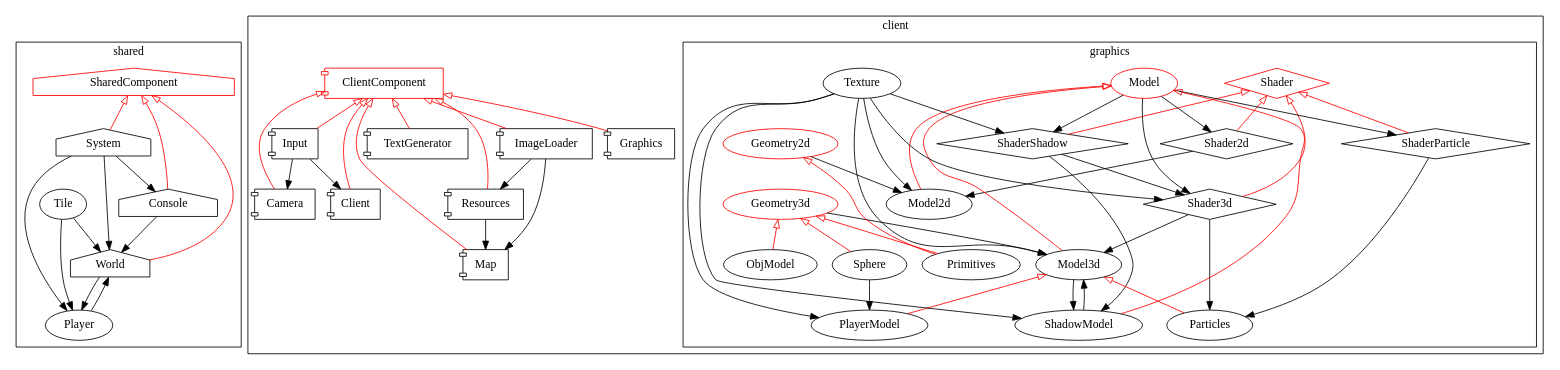
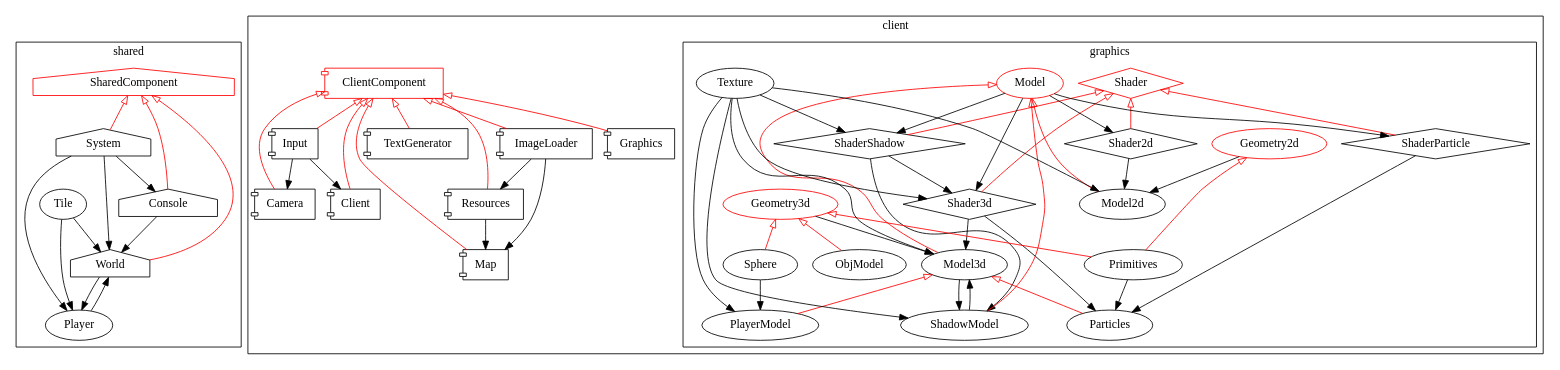
Before and after one commit to AsGreyWolf/Teeworlds3d: the diagram in graph.dot, drawn with Graphviz. The commit also changed 53 other files, not shown here.

```diff
--- a/graph.dot
+++ b/graph.dot
@@ -1,149 +1,151 @@
  digraph tee3d {
  	subgraph cluster_0 { 
  		label="shared"; 
  		SharedComponent [shape=house color=red];
  		Console [shape=house];
 	 	System [shape=house];
 	 	World [shape=house];
 	 	Tile;
 	 	Player;
 		SharedComponent->Console[color=red arrowhead=none arrowtail=empty dir=back];
 		SharedComponent->System[color=red arrowhead=none arrowtail=empty dir=back];
 		SharedComponent->World[color=red arrowhead=none arrowtail=empty dir=back];
 		World->Player;
 		System->Player;
 		Tile->Player;
 		Player->World;
 		Tile->World;
 		Console->World;
 		System->World;
 		System->Console;
  	}
  	subgraph cluster_1 { 
  		label="client"; 
 	 	ClientComponent [shape=component color=red];
 	 	Client [shape=component];
 	 	Graphics [shape=component];
 	 	Camera [shape=component];
 	 	Resources [shape=component];
 	 	Input [shape=component];
 	 	Map [shape=component];
 	 	TextGenerator [shape=component];
 	 	ImageLoader [shape=component];
 
 		ClientComponent->Camera[color=red arrowhead=none arrowtail=empty dir=back];
 		ClientComponent->Client[color=red arrowhead=none arrowtail=empty dir=back];
 		ClientComponent->Graphics[color=red arrowhead=none arrowtail=empty dir=back];
 		ClientComponent->Resources[color=red arrowhead=none arrowtail=empty dir=back];
 		ClientComponent->Input[color=red arrowhead=none arrowtail=empty dir=back];
 		ClientComponent->Map[color=red arrowhead=none arrowtail=empty dir=back];
 		ClientComponent->TextGenerator[color=red arrowhead=none arrowtail=empty dir=back];
 		ClientComponent->ImageLoader[color=red arrowhead=none arrowtail=empty dir=back];
 
 		Input->Client;
 		Input->Camera;
 
 		ImageLoader->Map;
 		ImageLoader->Resources->Map;
 
 	 	subgraph cluster_2 {
 	 		label="graphics"; 
 			Shader [shape=diamond color=red];
 			Shader3d [shape=diamond];
 			ShaderShadow [shape=diamond];
 			Shader2d [shape=diamond];
 			ShaderParticle [shape=diamond];
 			Model [color=red];
 			Geometry3d[color=red];
 			Geometry2d[color=red];
 			Model3d;
 			Model2d;
 			ShadowModel;
 			PlayerModel;
 			Particles;
 			ObjModel;
 			Primitives;
 			Sphere;
 			Texture;
 			Model->Model3d->PlayerModel[color=red arrowhead=none arrowtail=empty dir=back];
 			Model->ShadowModel[color=red arrowhead=none arrowtail=empty dir=back];
 			Model->Model2d[color=red arrowhead=none arrowtail=empty dir=back];
 			Shader->Shader3d[color=red arrowhead=none arrowtail=empty dir=back];
 			Shader->ShaderShadow[color=red arrowhead=none arrowtail=empty dir=back];
 			Shader->ShaderParticle[color=red arrowhead=none arrowtail=empty dir=back];
 			Shader->Shader2d[color=red arrowhead=none arrowtail=empty dir=back];
 			Geometry3d->ObjModel[color=red arrowhead=none arrowtail=empty dir=back];
 			Geometry3d->Primitives[color=red arrowhead=none arrowtail=empty dir=back];
 			Geometry3d->Sphere[color=red arrowhead=none arrowtail=empty dir=back];
 			Geometry2d->Primitives[color=red arrowhead=none arrowtail=empty dir=back];
 			Model3d->Particles[color=red arrowhead=none arrowtail=empty dir=back];
 
 			Shader3d->Model3d;
 			Texture->Model3d;
 			ShadowModel->Model3d;
 			Geometry3d->Model3d;
 			Shader2d->Model2d;
 			Texture->Model2d;
 			Geometry2d->Model2d;
 			Texture->PlayerModel;
 			Sphere->PlayerModel;
 			Model->Shader3d;
 			Texture->Shader3d;
 			ShaderShadow->Shader3d;
 			Model->Shader2d;
 			Texture->ShaderShadow;
 			Model->ShaderShadow;
 			Model->ShaderParticle;
 			Model3d->ShadowModel;
 			ShaderShadow->ShadowModel;
 			Texture->ShadowModel;
 			Shader3d->Particles;
 			ShaderParticle->Particles;
+			Primitives->Particles;
 	 	}
 	 	/*
 		Graphics->Model3d;
 		Graphics->Model2d;
 		Resources->PlayerModel;
 		Camera->Shader3d;
 		Graphics->Shader3d;
 		Graphics->Shader2d;
 		Shader->Graphics;
 		Camera->ShaderShadow;
 		Graphics->ShaderShadow;
 		Camera->ShaderParticle;
 		Graphics->ShaderParticle;
 
 		PlayerModel->Resources;
 		Texture->Resources;
 		Model3d->Resources;
 		Primitives->Resources;
 		ObjModel->Resources;
 		Model3d->Map;
 		PlayerModel->Map;
 		Primitives->Map;
 		Texture->TextGenerator;
 		Texture->ImageLoader;*/
  	}
  	/*
 	SharedComponent->ClientComponent[color=red arrowhead=none arrowtail=empty dir=back];
 	System->Camera;
 	Map->Client;
 	Console->Client;
 	Console->Graphics;
 	System->Resources;
 	World->Map;
 	Tile->Map;
 	Console->TextGenerator;
 	System->TextGenerator;
 	Console->ImageLoader;
 	System->ImageLoader;
 	
 		Player->PlayerModel;
 		System->PlayerModel;
 		Console->Shader;
 		System->Shader;
 		System->Texture;
 		Graphics->Texture;
 		System->ObjModel;
+		System->ShaderParticle;
 		*/
 }
```
